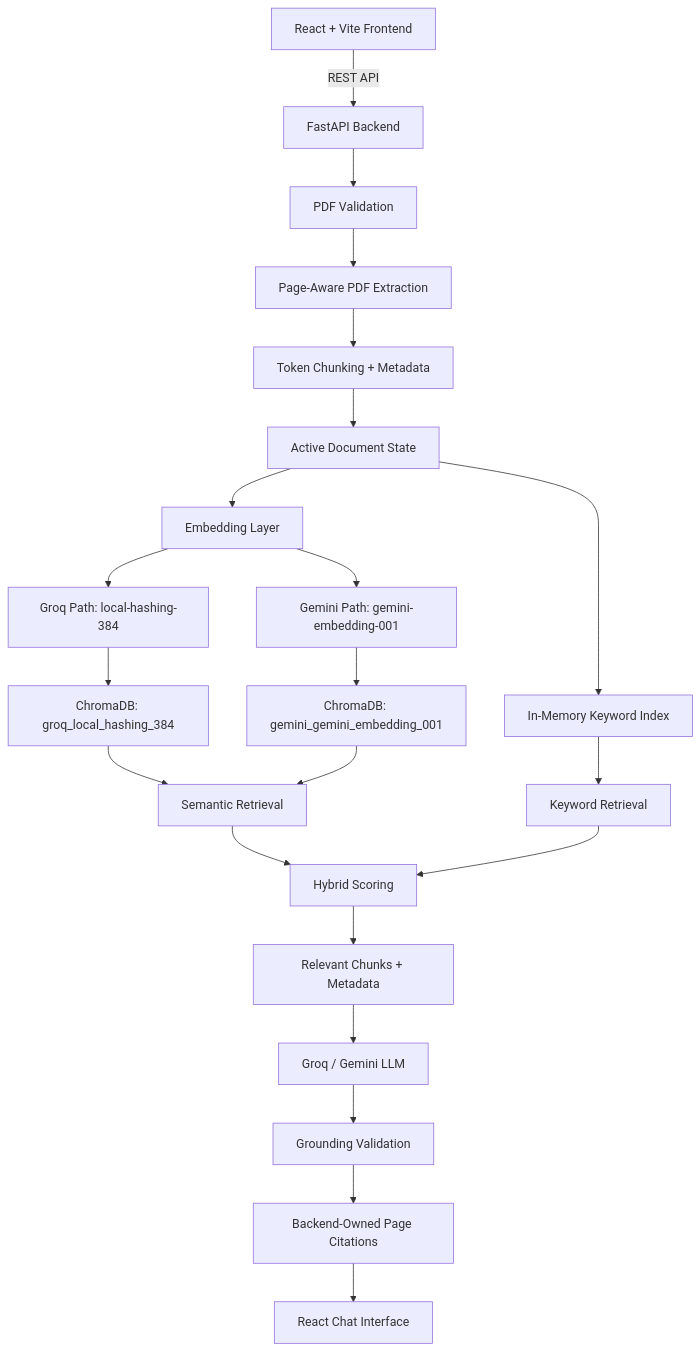
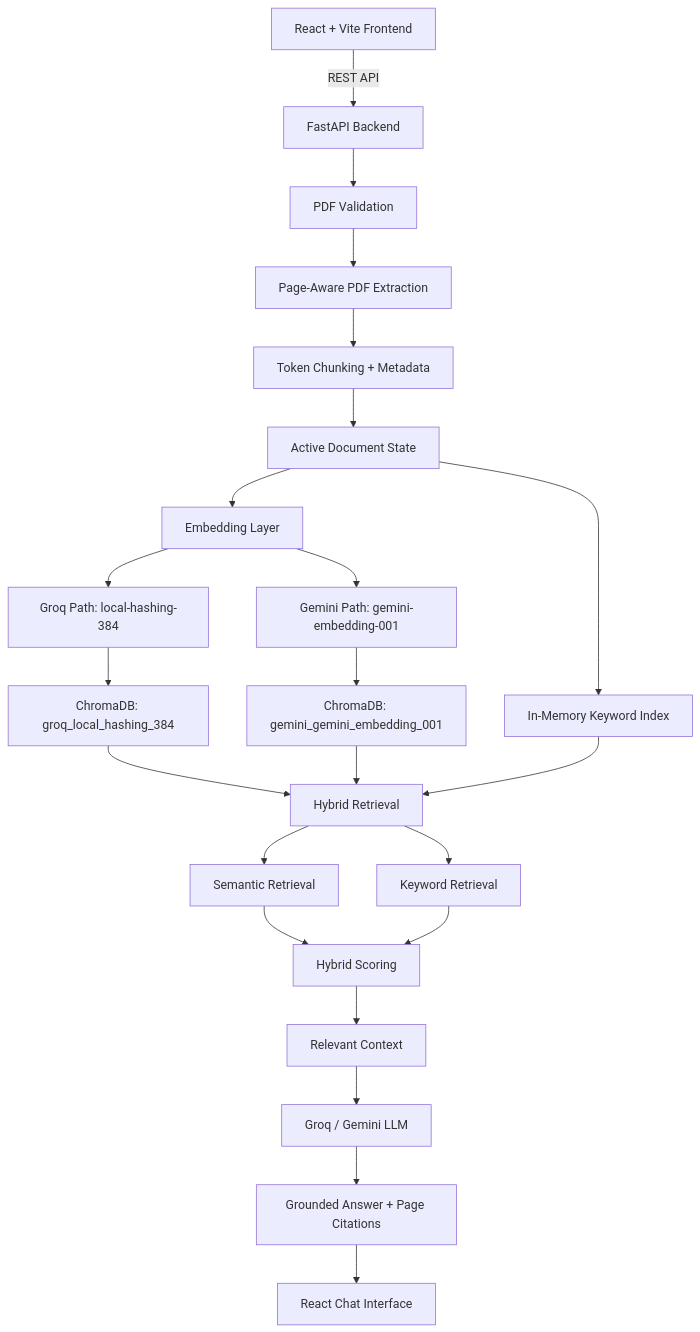
Before and after one commit to dj-ayush/DocuLens-AI: the diagram in README.md, drawn with Mermaid. The commit also changed 2 other files, not shown here.

````diff
--- a/README.md
+++ b/README.md
@@ -40,24 +40,25 @@
 ```mermaid
 flowchart TD
     A[React + Vite Frontend] -->|REST API| B[FastAPI Backend]
     B --> C[PDF Validation]
     C --> D[Page-Aware PDF Extraction]
     D --> E[Token Chunking + Metadata]
     E --> F[Active Document State]
     F --> G[Embedding Layer]
     G --> H[Groq Path: local-hashing-384]
     G --> I[Gemini Path: gemini-embedding-001]
     H --> J[ChromaDB: groq_local_hashing_384]
     I --> K[ChromaDB: gemini_gemini_embedding_001]
     F --> L[In-Memory Keyword Index]
-    J --> M[Semantic Retrieval]
+    J --> M[Hybrid Retrieval]
     K --> M
-    L --> N[Keyword Retrieval]
-    M --> O[Hybrid Scoring]
-    N --> O
-    O --> P[Relevant Chunks + Metadata]
-    P --> Q[Groq / Gemini LLM]
-    Q --> R[Grounding Validation]
-    R --> S[Backend-Owned Page Citations]
+    L --> M
+    M --> N[Semantic Retrieval]
+    M --> O[Keyword Retrieval]
+    N --> P[Hybrid Scoring]
+    O --> P
+    P --> Q[Relevant Context]
+    Q --> R[Groq / Gemini LLM]
+    R --> S[Grounded Answer + Page Citations]
     S --> T[React Chat Interface]
 ```
````
